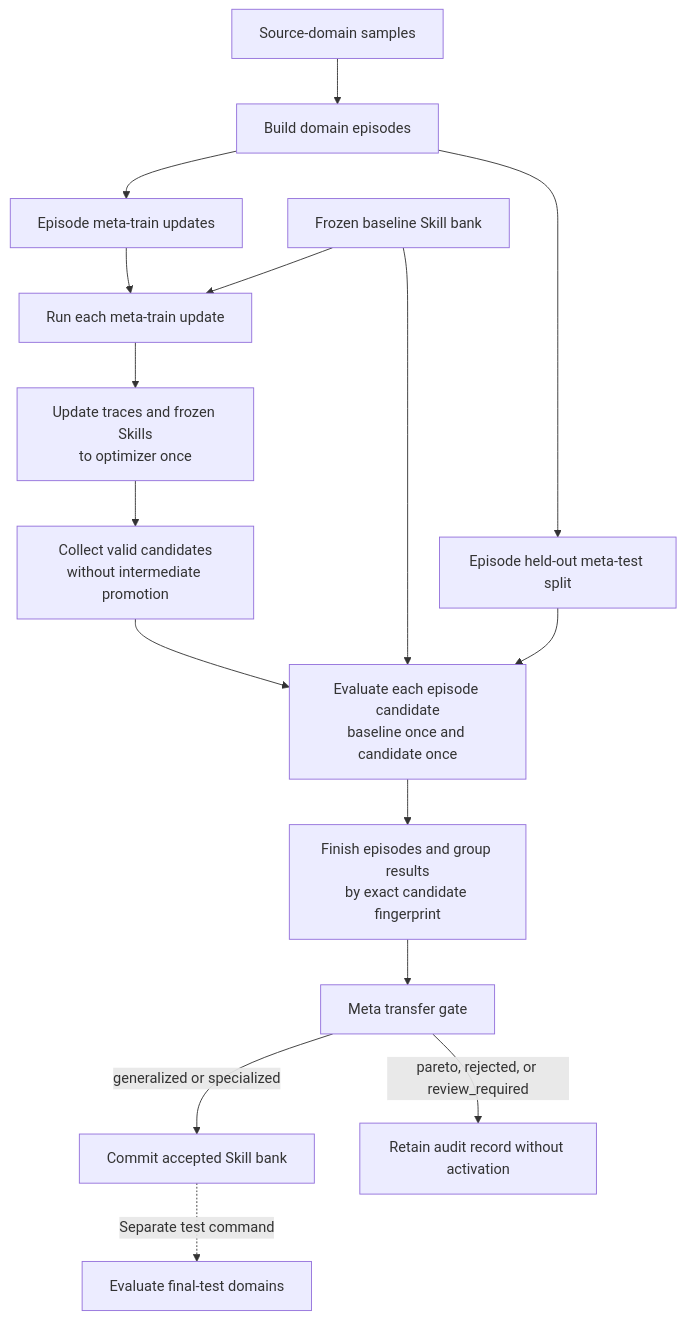
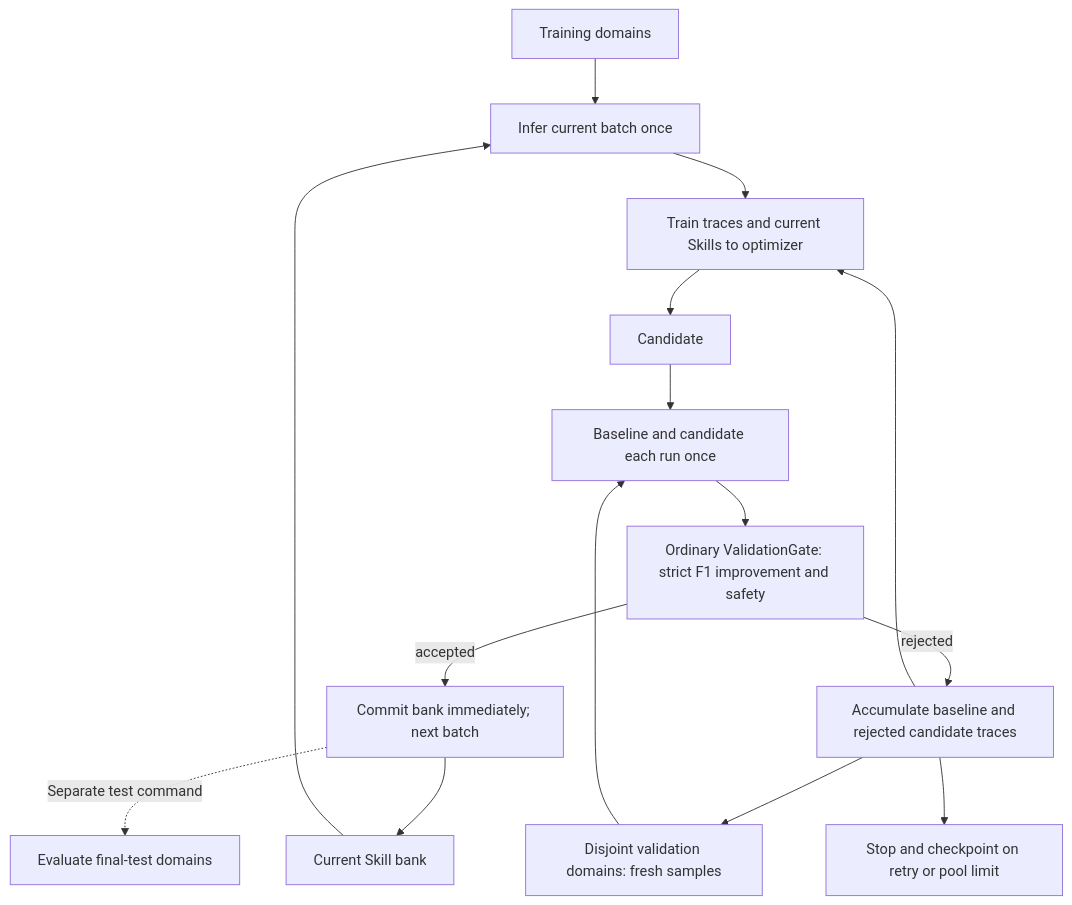
The fourth of 5 diagrams in README.md (FengyuanYin/EvoFactSkill), drawn with Mermaid before and after one commit. The commit also changed other lines of this file and 12 other files, not shown here.

Commit message:
feat: add isolated batch meta and adversarial evolution routes

````diff
--- a/README.md
+++ b/README.md
@@ -110,18 +110,17 @@
 ```mermaid
 flowchart TD
-    A["Source-domain samples"] --> E["Build domain episodes"]
-    E --> R["Episode meta-train updates"]
-    E --> V["Episode held-out meta-test split"]
-    S["Frozen baseline Skill bank"] --> I["Run each meta-train update"]
-    R --> I
-    I --> O["Update traces and frozen Skills<br/>to optimizer once"]
-    O --> C["Collect valid candidates<br/>without intermediate promotion"]
-    C --> P["Evaluate each episode candidate<br/>baseline once and candidate once"]
-    S --> P
-    V --> P
-    P --> X["Finish episodes and group results<br/>by exact candidate fingerprint"]
-    X --> G["Meta transfer gate"]
-    G -->|generalized or specialized| U["Commit accepted Skill bank"]
-    G -->|pareto, rejected, or review_required| K["Retain audit record without activation"]
+    A["Training domains"] --> I["Infer current batch once"]
+    S["Current Skill bank"] --> I
+    I --> O["Train traces and current Skills to optimizer"]
+    O --> C["Candidate"]
+    V["Disjoint validation domains: fresh samples"] --> P["Baseline and candidate each run once"]
+    C --> P
+    P --> G["Ordinary ValidationGate: strict F1 improvement and safety"]
+    G -->|accepted| U["Commit bank immediately; next batch"]
+    U --> S
+    G -->|rejected| T["Accumulate baseline and rejected candidate traces"]
+    T --> O
+    T --> V
+    T --> L["Stop and checkpoint on retry or pool limit"]
     U -. Separate test command .-> F["Evaluate final-test domains"]
 ```
````
